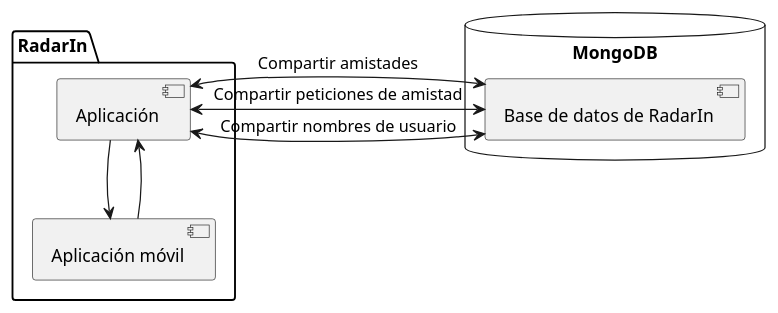
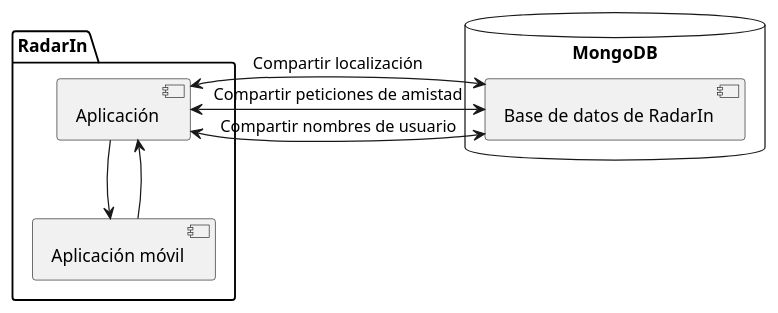
The third of 5 diagrams in webapp/docs/03_system_scope_and_context.adoc (UO264862/radarin_es2b), drawn with PlantUML before and after one commit. The commit also changed other lines of this file, not shown here.

```diff
--- a/webapp/docs/03_system_scope_and_context.adoc
+++ b/webapp/docs/03_system_scope_and_context.adoc
@@ -64,15 +64,15 @@
 [plantuml, system_scope_and_context3, svg]
 ----
 package "RadarIn" {
    [Aplicación] --> [Aplicación móvil]
    [Aplicación móvil] --> [Aplicación]
 }
 
 database "MongoDB" {
    [Base de datos de RadarIn]
 }
 
 [Aplicación] <-> [Base de datos de RadarIn] : "Compartir peticiones de amistad"
-[Aplicación] <-> [Base de datos de RadarIn] : "Compartir amistades"
+[Aplicación] <-> [Base de datos de RadarIn] : "Compartir localización"
 [Aplicación] <-> [Base de datos de RadarIn] : "Compartir nombres de usuario"
 ----
```
